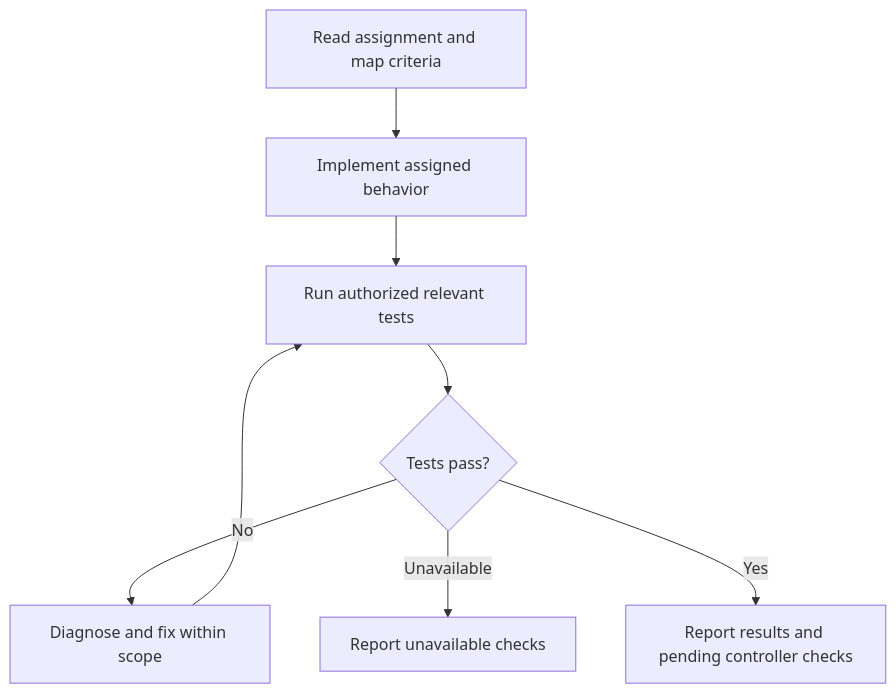
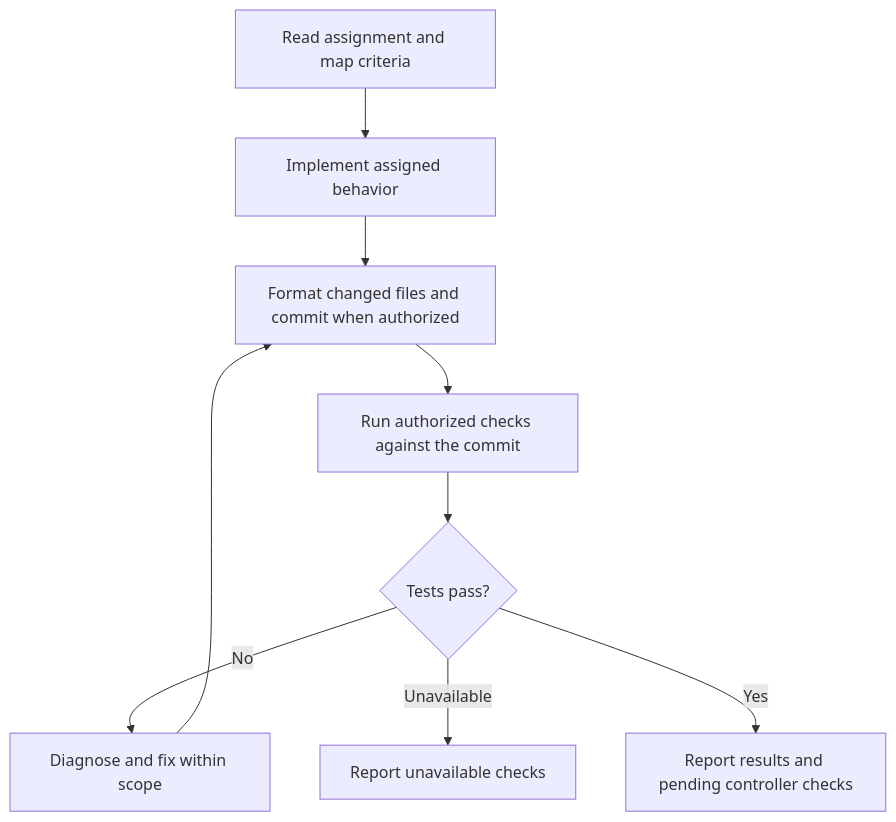
Before and after one commit to UseTheFork/spindle: the diagram in .github/agents/sdd-implementer.agent.md, drawn with Mermaid. The commit also changed other lines of this file and 76 other files, not shown here.

````diff
--- a/.github/agents/sdd-implementer.agent.md
+++ b/.github/agents/sdd-implementer.agent.md
@@ -54,10 +55,11 @@
 ```mermaid
 flowchart TD
     A[Read assignment and map criteria] --> B[Implement assigned behavior]
-    B --> C[Run authorized relevant tests]
+    B --> P[Format changed files and commit when authorized]
+    P --> C[Run authorized checks against the commit]
     C --> D{Tests pass?}
     D -- No --> E[Diagnose and fix within scope]
-    E --> C
+    E --> P
     D -- Unavailable --> F[Report unavailable checks]
     D -- Yes --> G[Report results and pending controller checks]
 ```
````
